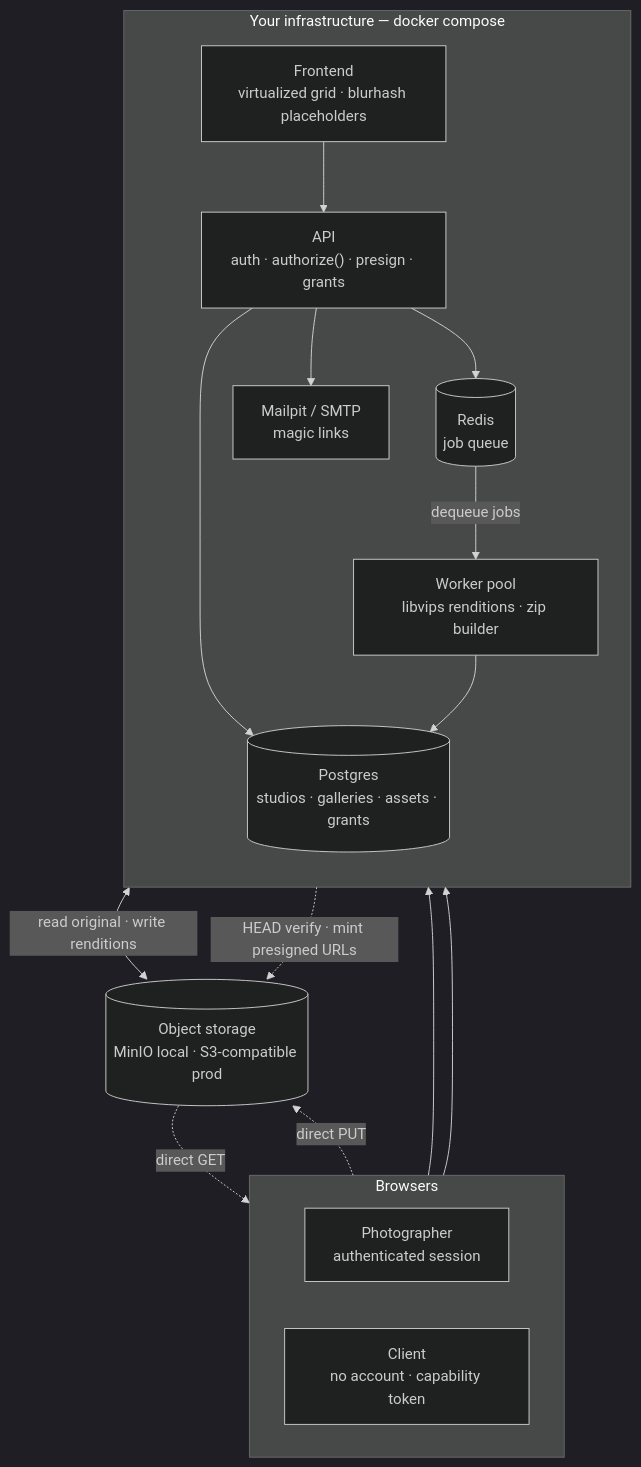
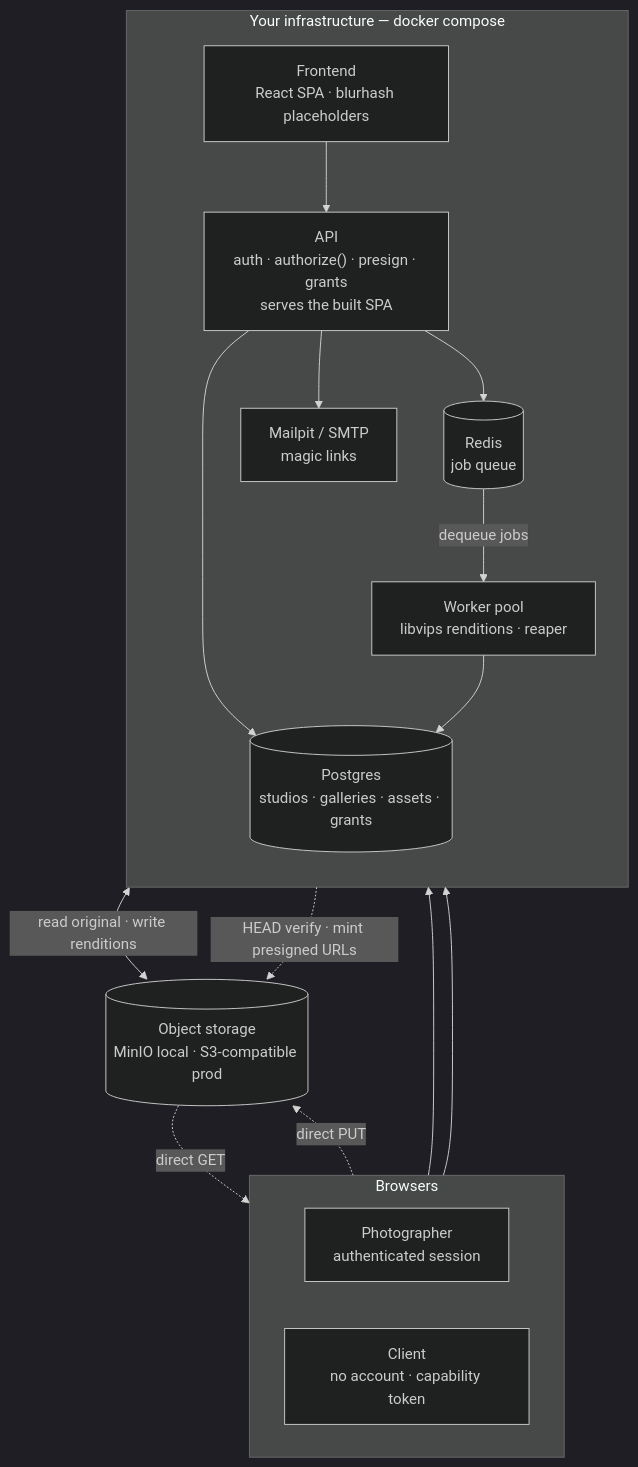
The first of 5 diagrams in docs/architecture.md (RaresPetrisor22/pixhaus), drawn with Mermaid (dark theme) before and after one commit. The commit also changed other lines of this file and 2 other files, not shown here.

Commit message:
improve readme and api docs

````diff
--- a/docs/architecture.md
+++ b/docs/architecture.md
@@ -22,33 +22,33 @@
 ```mermaid
 flowchart TB
     subgraph browsers["Browsers"]
         direction LR
         PH["Photographer<br/>authenticated session"]
         CL["Client<br/>no account · capability token"]
     end
 
     subgraph app["Your infrastructure — docker compose"]
         direction TB
-        FE["Frontend<br/>virtualized grid · blurhash placeholders"]
-        API["API<br/>auth · authorize() · presign · grants"]
-        WK["Worker pool<br/>libvips renditions · zip builder"]
+        FE["Frontend<br/>React SPA · blurhash placeholders"]
+        API["API<br/>auth · authorize() · presign · grants<br/>serves the built SPA"]
+        WK["Worker pool<br/>libvips renditions · reaper"]
         PG[("Postgres<br/>studios · galleries · assets · grants")]
         RD[("Redis<br/>job queue")]
         MP["Mailpit / SMTP<br/>magic links"]
     end
 
     OBJ[("Object storage<br/>MinIO local · S3-compatible prod")]
 
     PH --> FE
     CL --> FE
     FE --> API
     API --> PG
     API --> RD
     API --> MP
     RD -->|dequeue jobs| WK
     WK --> PG
     WK <-->|read original · write renditions| OBJ
     API -.->|HEAD verify · mint presigned URLs| OBJ
     PH -.->|direct PUT| OBJ
     OBJ -.->|direct GET| CL
 ```
````
